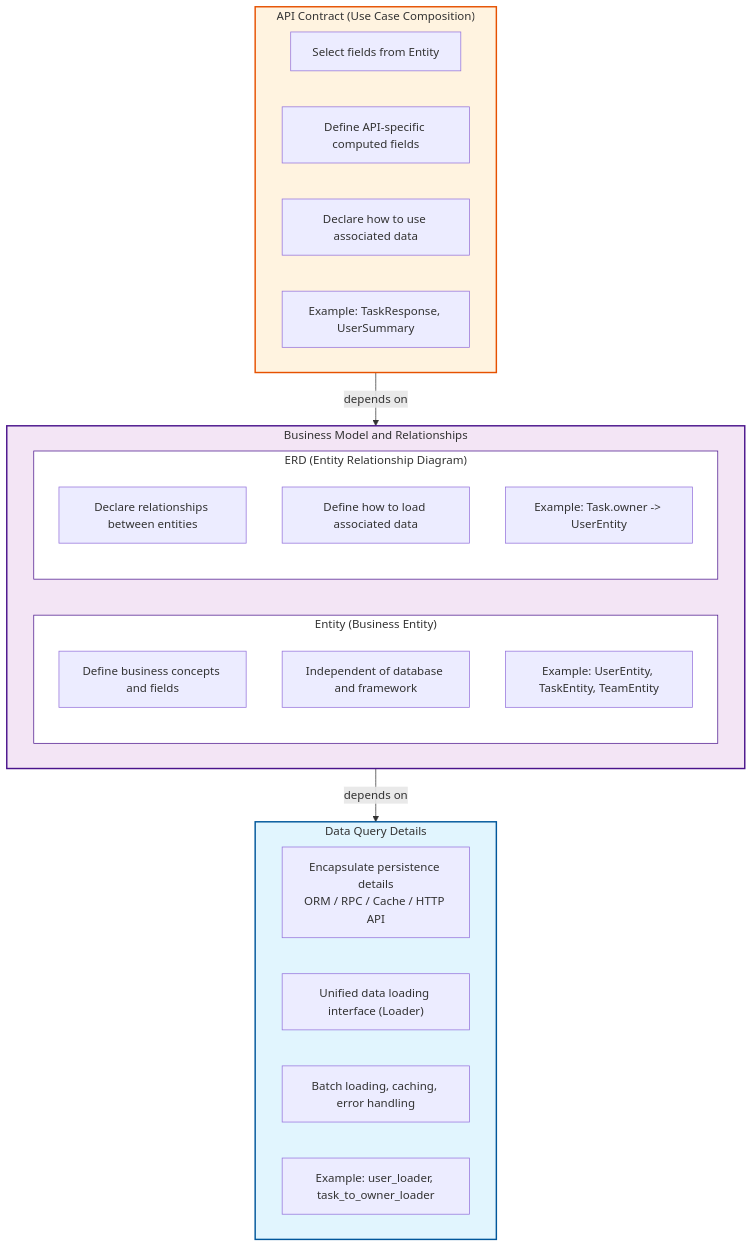
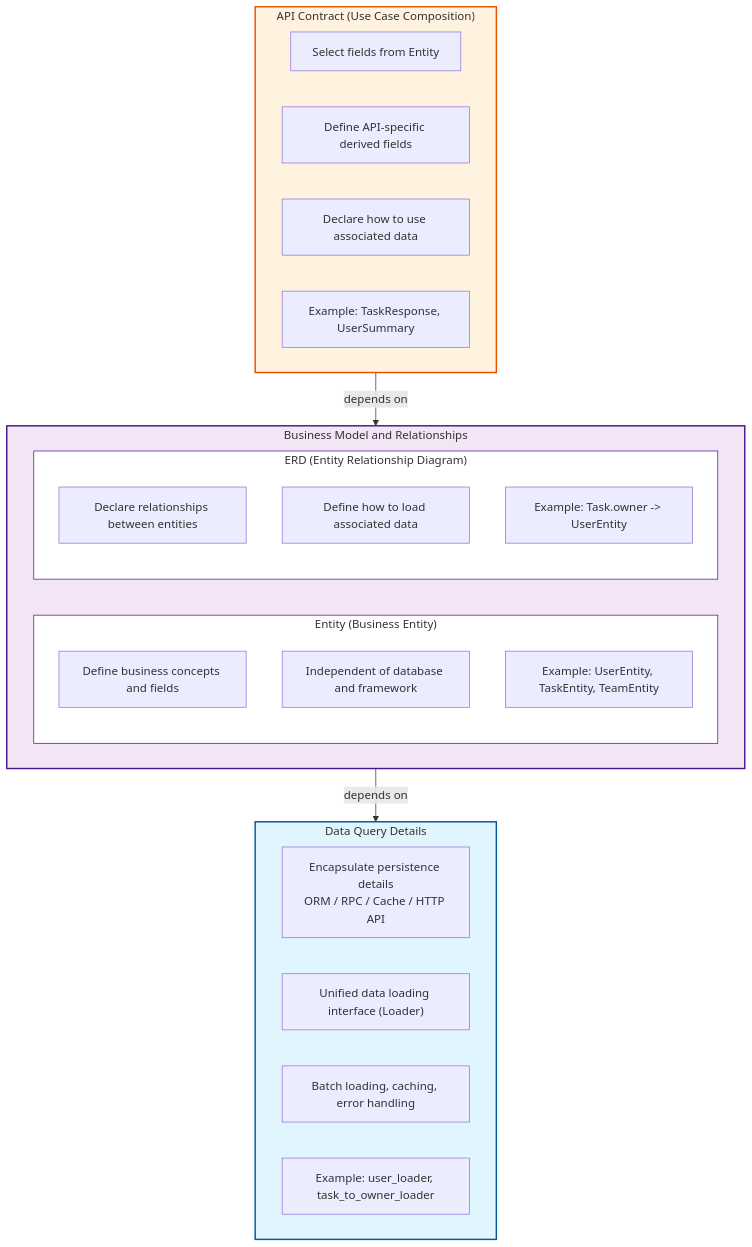
One commit to allmonday/pydantic-resolve changed the diagram in docs/architecture_entity_first.md. Above: the diagram before and after it, drawn with Mermaid. The commit also changed other lines of this file and 5 other files, not shown here.

First line of the commit message:
docs: unify post_* terminology to "derived fields" (DDIA-aligned)

````diff
--- a/docs/architecture_entity_first.md
+++ b/docs/architecture_entity_first.md
@@ -190,39 +190,39 @@
 ```mermaid
 graph TD
     subgraph DATA["Data Query Details"]
         D1["Encapsulate persistence details<br/>ORM / RPC / Cache / HTTP API"]
         D2["Unified data loading interface (Loader)"]
         D3["Batch loading, caching, error handling"]
         D4["Example: user_loader, task_to_owner_loader"]
     end
 
     subgraph DOMAIN["Business Model and Relationships"]
         subgraph ENTITY["Entity (Business Entity)"]
             E1["Define business concepts and fields"]
             E2["Independent of database and framework"]
             E3["Example: UserEntity, TaskEntity, TeamEntity"]
         end
 
         subgraph ERD["ERD (Entity Relationship Diagram)"]
             R1["Declare relationships between entities"]
             R2["Define how to load associated data"]
             R3["Example: Task.owner -> UserEntity"]
         end
     end
 
     subgraph API["API Contract (Use Case Composition)"]
         A1["Select fields from Entity"]
-        A2["Define API-specific computed fields"]
+        A2["Define API-specific derived fields"]
         A3["Declare how to use associated data"]
         A4["Example: TaskResponse, UserSummary"]
     end
 
     API -->|depends on| DOMAIN
     DOMAIN -->|depends on| DATA
 
     style DATA fill:#e1f5fe,stroke:#01579b,stroke-width:2px
     style DOMAIN fill:#f3e5f5,stroke:#4a148c,stroke-width:2px
     style API fill:#fff3e0,stroke:#e65100,stroke-width:2px
     style ENTITY fill:#ffffff,stroke:#4a148c,stroke-width:1px
     style ERD fill:#ffffff,stroke:#4a148c,stroke-width:1px
 ```
````
